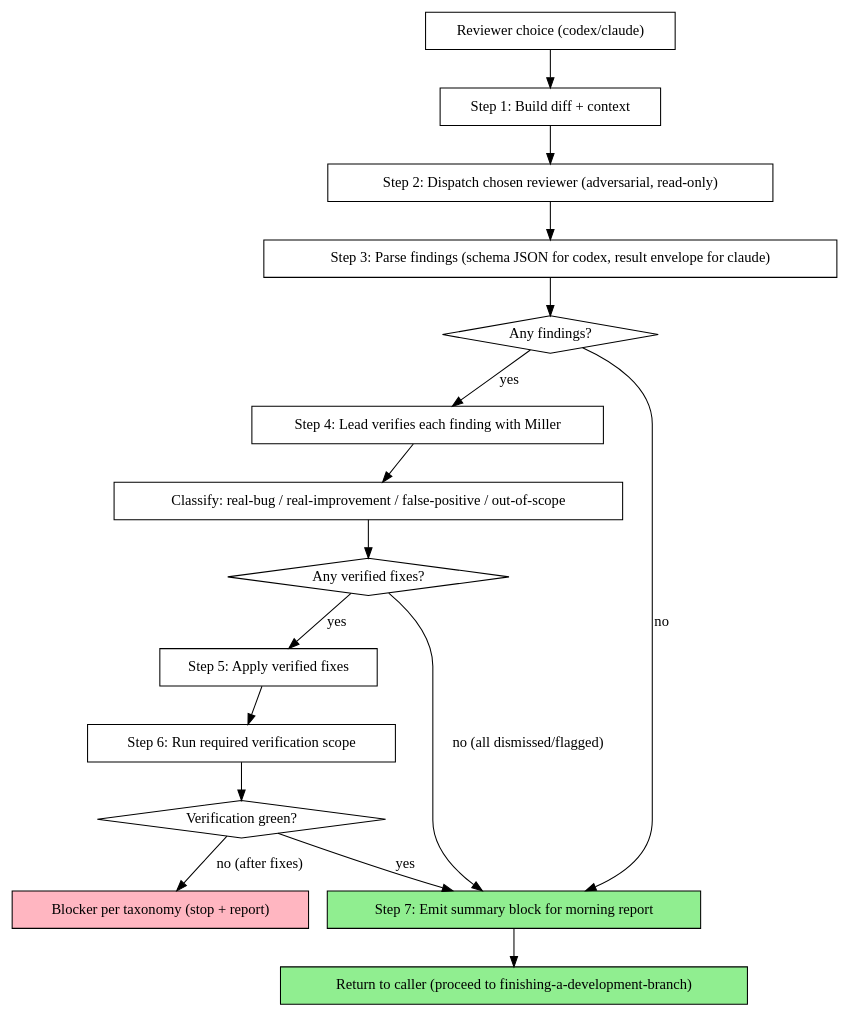
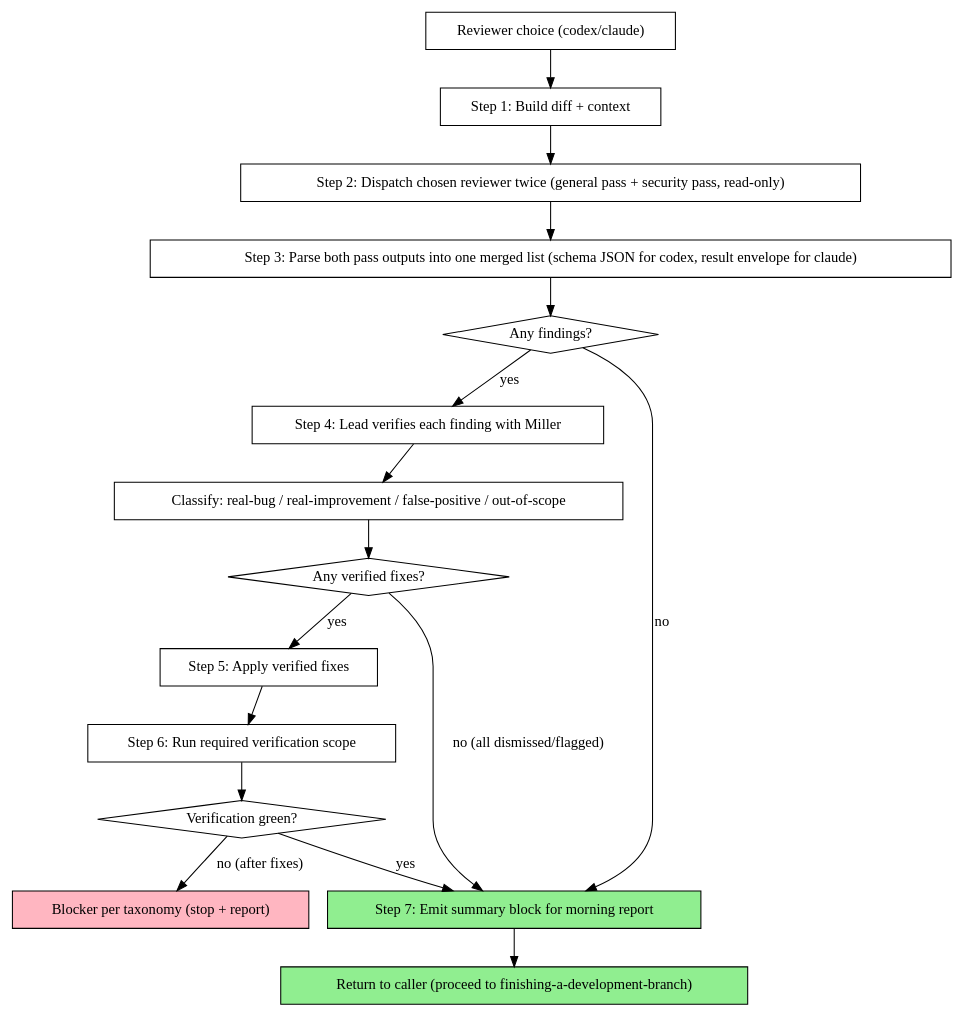
The diagram in skills/pre-merge-review/SKILL.md (anortham/razorback), drawn with Graphviz before and after one commit. The commit also changed other lines of this file and 1 other file, not shown here.

````diff
--- a/skills/pre-merge-review/SKILL.md
+++ b/skills/pre-merge-review/SKILL.md
@@ -33,36 +33,36 @@
 ```dot
 digraph pre_merge_review {
     rankdir=TB;
 
     "Reviewer choice (codex/claude)" [shape=box];
     "Step 1: Build diff + context" [shape=box];
-    "Step 2: Dispatch chosen reviewer (adversarial, read-only)" [shape=box];
-    "Step 3: Parse findings (schema JSON for codex, result envelope for claude)" [shape=box];
+    "Step 2: Dispatch chosen reviewer twice (general pass + security pass, read-only)" [shape=box];
+    "Step 3: Parse both pass outputs into one merged list (schema JSON for codex, result envelope for claude)" [shape=box];
     "Any findings?" [shape=diamond];
     "Step 4: Lead verifies each finding with Miller" [shape=box];
     "Classify: real-bug / real-improvement / false-positive / out-of-scope" [shape=box];
     "Any verified fixes?" [shape=diamond];
     "Step 5: Apply verified fixes" [shape=box];
     "Step 6: Run required verification scope" [shape=box];
     "Verification green?" [shape=diamond];
     "Step 7: Emit summary block for morning report" [shape=box style=filled fillcolor=lightgreen];
     "Return to caller (proceed to finishing-a-development-branch)" [shape=box style=filled fillcolor=lightgreen];
     "Blocker per taxonomy (stop + report)" [shape=box style=filled fillcolor=lightpink];
 
     "Reviewer choice (codex/claude)" -> "Step 1: Build diff + context";
-    "Step 1: Build diff + context" -> "Step 2: Dispatch chosen reviewer (adversarial, read-only)";
-    "Step 2: Dispatch chosen reviewer (adversarial, read-only)" -> "Step 3: Parse findings (schema JSON for codex, result envelope for claude)";
-    "Step 3: Parse findings (schema JSON for codex, result envelope for claude)" -> "Any findings?";
+    "Step 1: Build diff + context" -> "Step 2: Dispatch chosen reviewer twice (general pass + security pass, read-only)";
+    "Step 2: Dispatch chosen reviewer twice (general pass + security pass, read-only)" -> "Step 3: Parse both pass outputs into one merged list (schema JSON for codex, result envelope for claude)";
+    "Step 3: Parse both pass outputs into one merged list (schema JSON for codex, result envelope for claude)" -> "Any findings?";
     "Any findings?" -> "Step 7: Emit summary block for morning report" [label="no"];
     "Any findings?" -> "Step 4: Lead verifies each finding with Miller" [label="yes"];
     "Step 4: Lead verifies each finding with Miller" -> "Classify: real-bug / real-improvement / false-positive / out-of-scope";
     "Classify: real-bug / real-improvement / false-positive / out-of-scope" -> "Any verified fixes?";
     "Any verified fixes?" -> "Step 7: Emit summary block for morning report" [label="no (all dismissed/flagged)"];
     "Any verified fixes?" -> "Step 5: Apply verified fixes" [label="yes"];
     "Step 5: Apply verified fixes" -> "Step 6: Run required verification scope";
     "Step 6: Run required verification scope" -> "Verification green?";
     "Verification green?" -> "Step 7: Emit summary block for morning report" [label="yes"];
     "Verification green?" -> "Blocker per taxonomy (stop + report)" [label="no (after fixes)"];
     "Step 7: Emit summary block for morning report" -> "Return to caller (proceed to finishing-a-development-branch)";
 }
 ```
````
